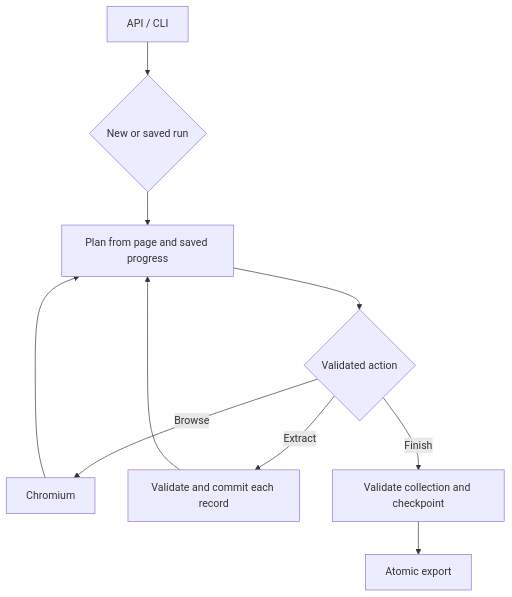
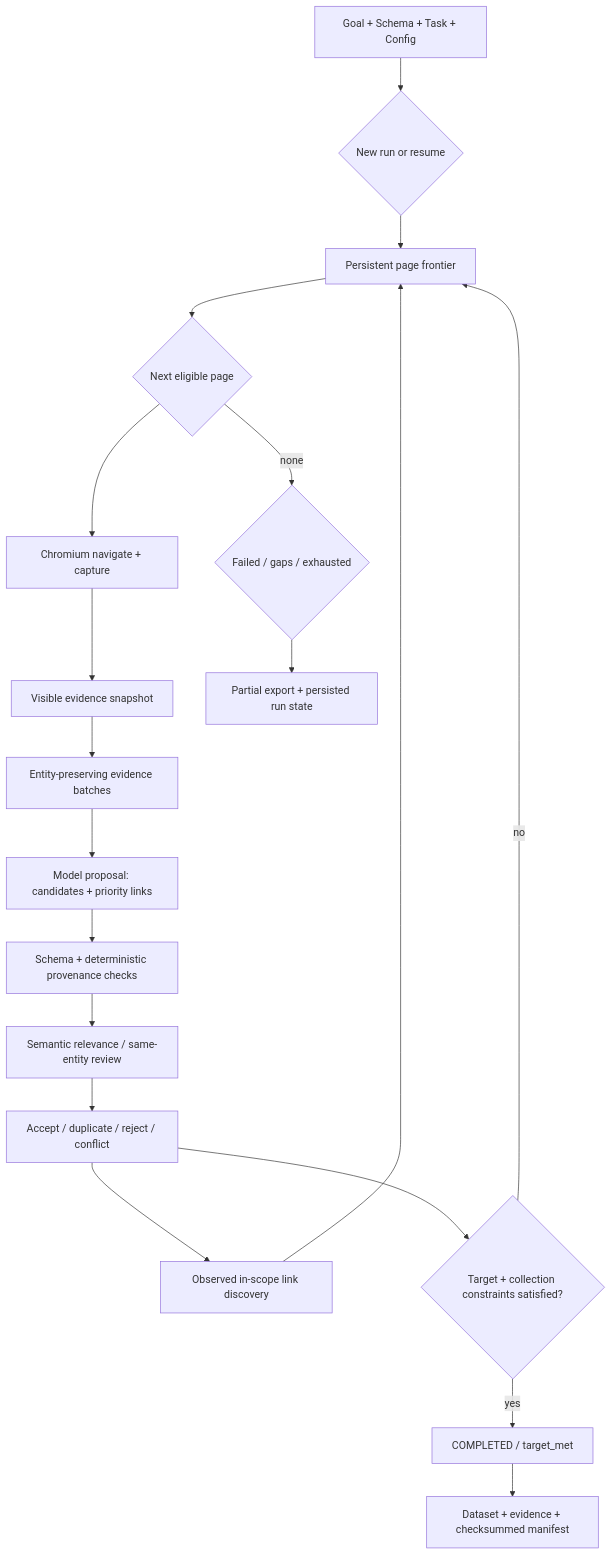
Before and after one commit to EmanueleTorrisi/verboisy: the diagram in ARCHITECTURE.md, drawn with Mermaid. The commit also changed other lines of this file, not shown here.

````diff
--- a/ARCHITECTURE.md
+++ b/ARCHITECTURE.md
@@ -36,12 +46,21 @@
 ```mermaid
 flowchart TD
-    Input["API / CLI"] --> Restore{"New or saved run"}
-    Restore --> Plan["Plan from page and saved progress"]
-    Plan --> Action{"Validated action"}
-    Action -->|Browse| Browser["Chromium"]
-    Browser --> Plan
-    Action -->|Extract| Records["Validate and commit each record"]
-    Records --> Plan
-    Action -->|Finish| Finish["Validate collection and checkpoint"]
-    Finish --> Export["Atomic export"]
+    Input["Goal + Schema + Task + Config"] --> Resume{"New run or resume"}
+    Resume --> Queue["Persistent page frontier"]
+    Queue --> Work{"Next eligible page"}
+    Work -->|none| Stop{"Failed / gaps / exhausted"}
+    Work --> Browser["Chromium navigate + capture"]
+    Browser --> Snapshot["Visible evidence snapshot"]
+    Snapshot --> Batch["Entity-preserving evidence batches"]
+    Batch --> Propose["Model proposal: candidates + priority links"]
+    Propose --> Verify["Schema + deterministic provenance checks"]
+    Verify --> Review["Semantic relevance / same-entity review"]
+    Review --> Store["Accept / duplicate / reject / conflict"]
+    Store --> Discover["Observed in-scope link discovery"]
+    Discover --> Queue
+    Store --> Target{"Target + collection constraints satisfied?"}
+    Target -->|yes| Complete["COMPLETED / target_met"]
+    Target -->|no| Queue
+    Complete --> Export["Dataset + evidence + checksummed manifest"]
+    Stop --> ExportPartial["Partial export + persisted run state"]
 ```
````
